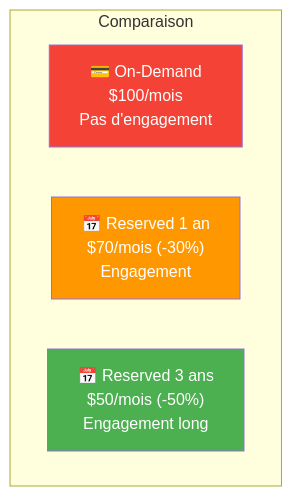
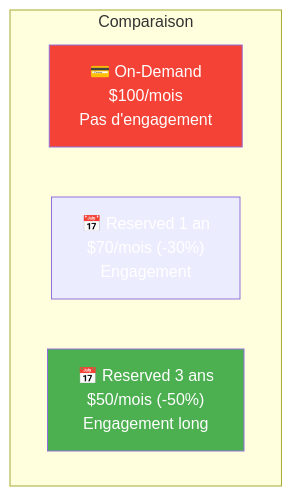
One commit to VBlackJack/ShellBook changed the fourth of 9 diagrams in docs/formations/cloud-fundamentals/06-module.md. Above: the diagram before and after it, drawn with Mermaid. The commit also changed other lines of this file and 337 other files, not shown here.

First line of the commit message:
refactor(docs): Standardize code blocks and Mermaid colors

````diff
--- a/docs/formations/cloud-fundamentals/06-module.md
+++ b/docs/formations/cloud-fundamentals/06-module.md
@@ -106,12 +106,12 @@
 ```mermaid
 graph TB
     subgraph "Comparaison"
         OD["💳 On-Demand<br/>$100/mois<br/>Pas d'engagement"]
         RI["📅 Reserved 1 an<br/>$70/mois (-30%)<br/>Engagement"]
         RI3["📅 Reserved 3 ans<br/>$50/mois (-50%)<br/>Engagement long"]
     end
 
     style OD fill:#f44336,color:#fff
-    style RI fill:#ff9800,color:#fff
+    style RI fill:#FF9800800800,color:#fff
     style RI3 fill:#4caf50,color:#fff
 ```
````
